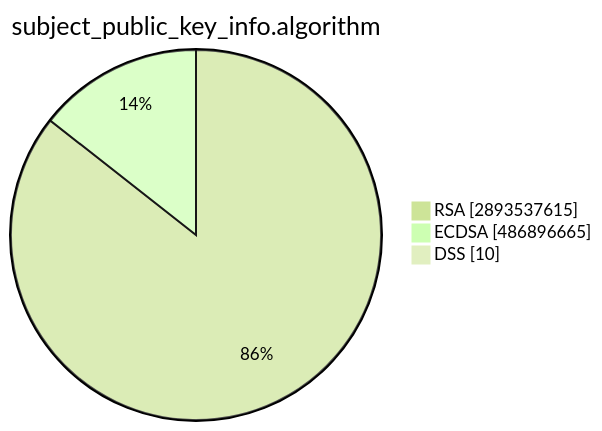
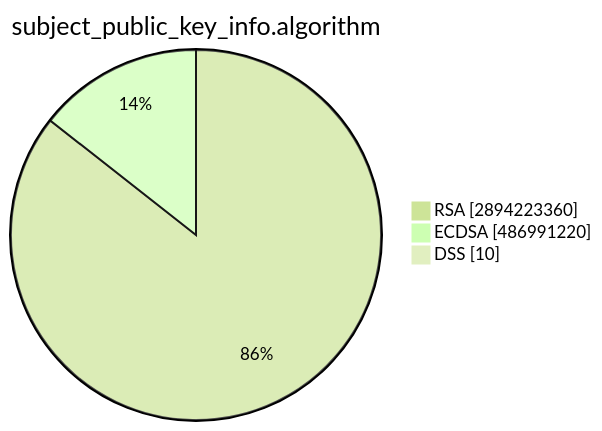
The second of 15 diagrams in TOTAL/README.md (christiankrug/ctmonitor_visualization), drawn with Mermaid (forest theme) before and after one commit. The commit also changed other lines of this file, not shown here.

````diff
--- a/TOTAL/README.md
+++ b/TOTAL/README.md
@@ -6,7 +6,7 @@
 ```mermaid
 pie showData
 title subject_public_key_info.algorithm
-"RSA" :2893537615
-"ECDSA" :486896665
+"RSA" :2894223360
+"ECDSA" :486991220
 "DSS" :10
 ```
````
